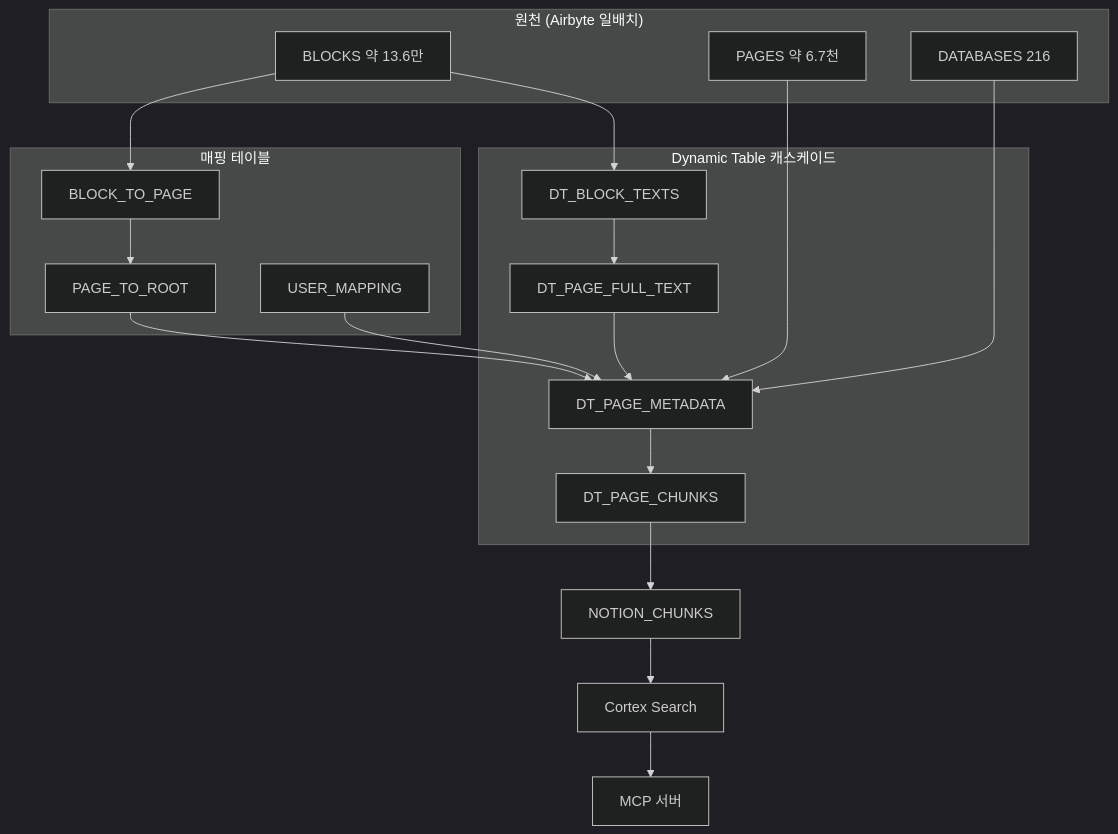
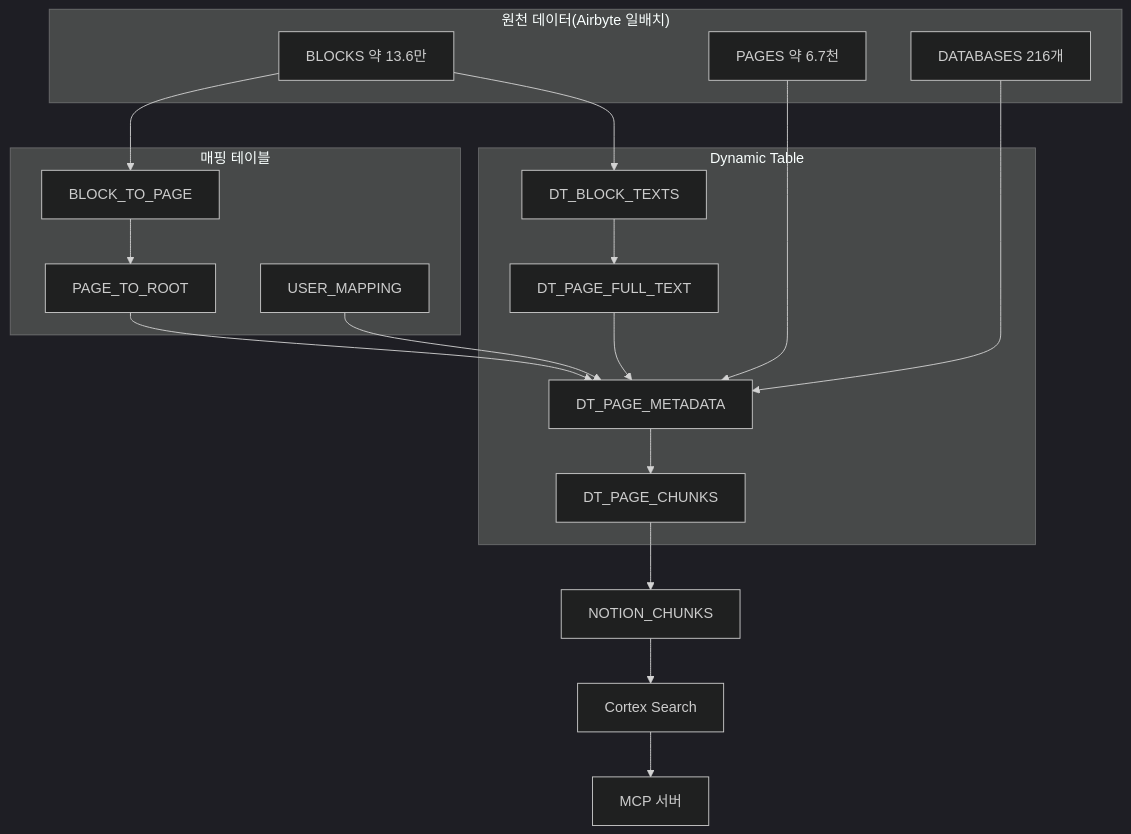
The first of 2 diagrams in src/content/posts/rag-5-notion-pipeline.md (RJ-Stony/injoy), drawn with Mermaid (dark theme) before and after one commit. The commit also changed other lines of this file and 1 other file, not shown here.

````diff
--- a/src/content/posts/rag-5-notion-pipeline.md
+++ b/src/content/posts/rag-5-notion-pipeline.md
@@ -20,28 +22,28 @@
 ```mermaid
 flowchart TB
-    subgraph src["원천 (Airbyte 일배치)"]
+    subgraph src["원천 데이터(Airbyte 일배치)"]
         B["BLOCKS 약 13.6만"]
         P["PAGES 약 6.7천"]
-        D["DATABASES 216"]
+        D["DATABASES 216개"]
     end
     subgraph map["매핑 테이블"]
         BTP["BLOCK_TO_PAGE"]
         PTR["PAGE_TO_ROOT"]
         UM["USER_MAPPING"]
     end
-    subgraph dt["Dynamic Table 캐스케이드"]
+    subgraph dt["Dynamic Table"]
         D1["DT_BLOCK_TEXTS"] --> D2["DT_PAGE_FULL_TEXT"]
         D2 --> D3["DT_PAGE_METADATA"]
         D3 --> D4["DT_PAGE_CHUNKS"]
     end
     B --> D1
     B --> BTP
     BTP --> PTR
     P --> D3
     D --> D3
     PTR --> D3
     UM --> D3
     D4 --> NC["NOTION_CHUNKS"]
     NC --> CS["Cortex Search"]
     CS --> MC["MCP 서버"]
 ```
````
